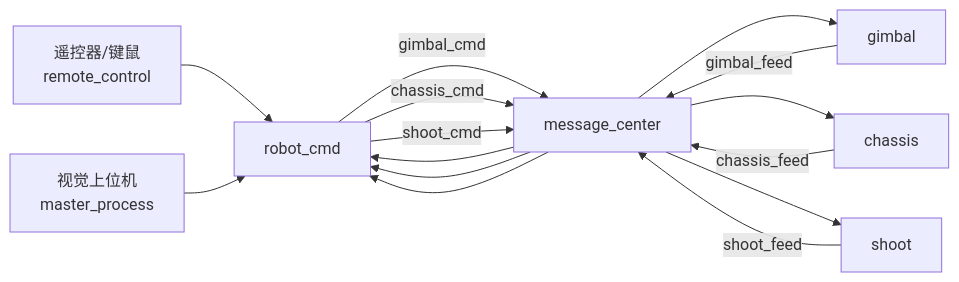
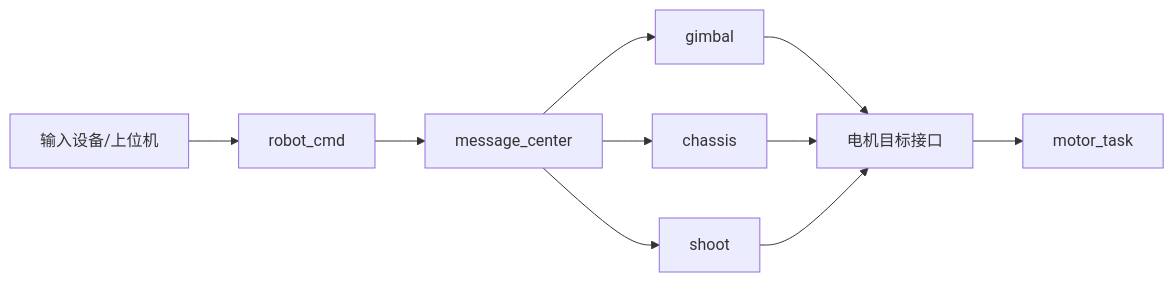
One commit to LonelyMarch/Basic_Framework_MC02 changed the third of 3 diagrams in doc/项目架构说明.md. Above: the diagram before and after it, drawn with Mermaid. The commit also changed other lines of this file and 10793 other files, not shown here.

````diff
--- a/doc/项目架构说明.md
+++ b/doc/项目架构说明.md
@@ -170,19 +100,12 @@
 ```mermaid
 flowchart LR
-    RC["遥控器/键鼠<br/>remote_control"]
-    Vision["视觉上位机<br/>master_process"]
-    CMD["robot_cmd"]
-    Gimbal["gimbal"]
-    Chassis["chassis"]
-    Shoot["shoot"]
-    MC["message_center"]
-
-    RC --> CMD
-    Vision --> CMD
-    CMD -->|"gimbal_cmd"| MC --> Gimbal
-    CMD -->|"chassis_cmd"| MC --> Chassis
-    CMD -->|"shoot_cmd"| MC --> Shoot
-    Gimbal -->|"gimbal_feed"| MC --> CMD
-    Chassis -->|"chassis_feed"| MC --> CMD
-    Shoot -->|"shoot_feed"| MC --> CMD
+    Input["输入设备/上位机"] --> CMD["robot_cmd"]
+    CMD --> MC["message_center"]
+    MC --> Gimbal["gimbal"]
+    MC --> Chassis["chassis"]
+    MC --> Shoot["shoot"]
+    Gimbal --> Motor["电机目标接口"]
+    Chassis --> Motor
+    Shoot --> Motor
+    Motor --> MotorTask["motor_task"]
 ```
````
